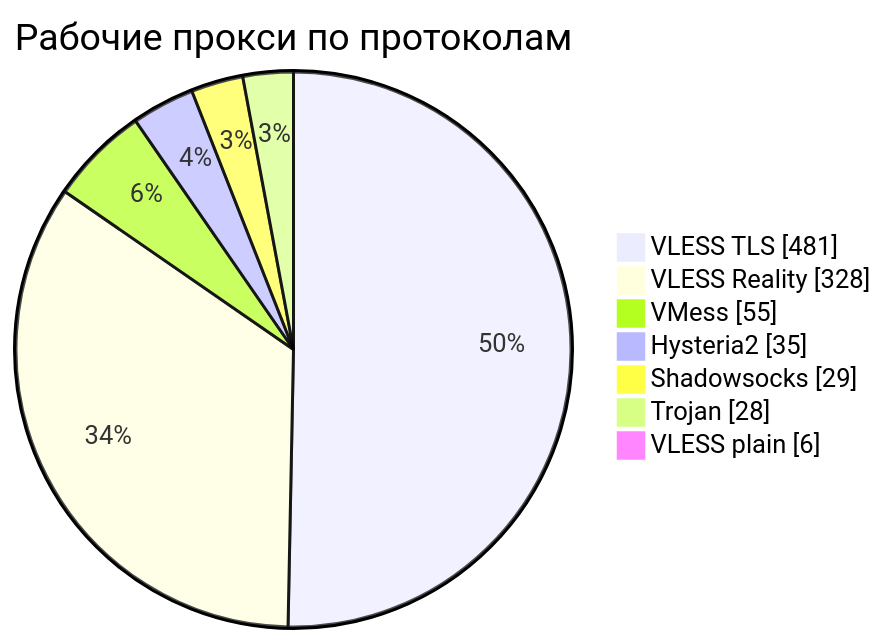
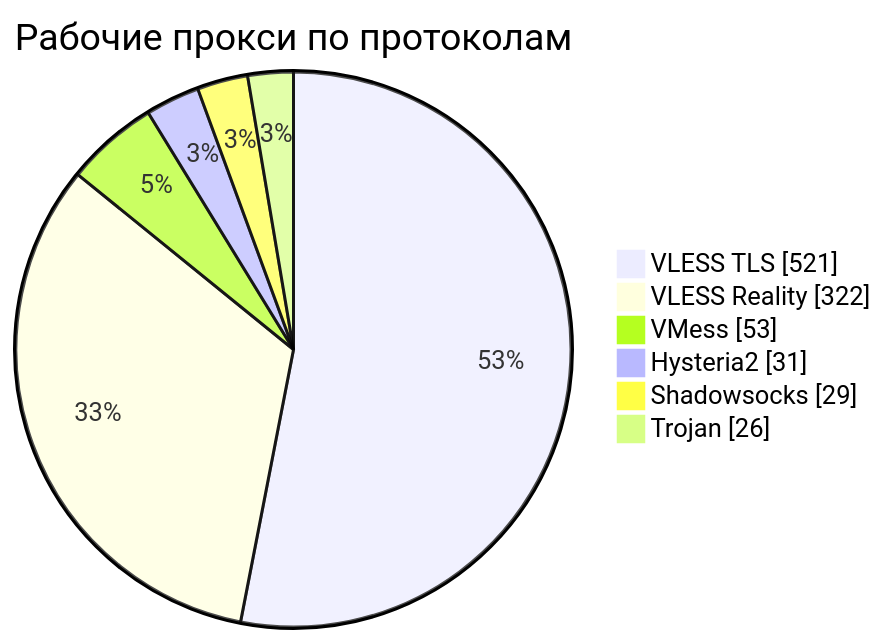
The third of 4 diagrams in README.md (rvvg/proxy-subs), drawn with Mermaid before and after one commit. The commit also changed other lines of this file and 50 other files, not shown here.

````diff
--- a/README.md
+++ b/README.md
@@ -138,11 +138,10 @@
 ```mermaid
 pie showData
     title Рабочие прокси по протоколам
-    "VLESS TLS" : 481
-    "VLESS Reality" : 328
-    "VMess" : 55
-    "Hysteria2" : 35
+    "VLESS TLS" : 521
+    "VLESS Reality" : 322
+    "VMess" : 53
+    "Hysteria2" : 31
     "Shadowsocks" : 29
-    "Trojan" : 28
-    "VLESS plain" : 6
+    "Trojan" : 26
 ```
````
